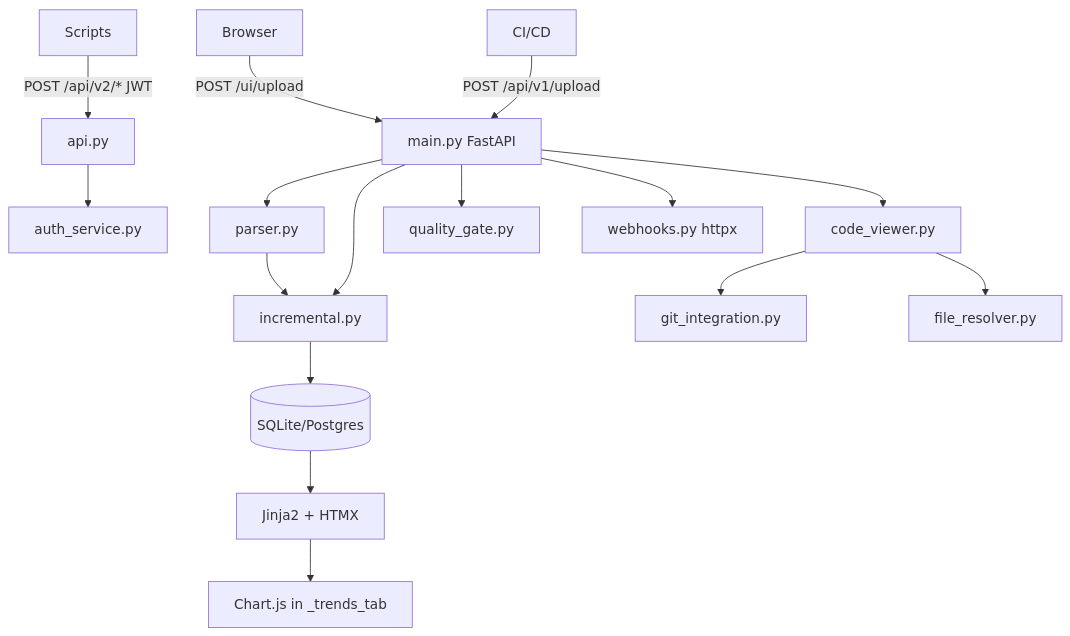
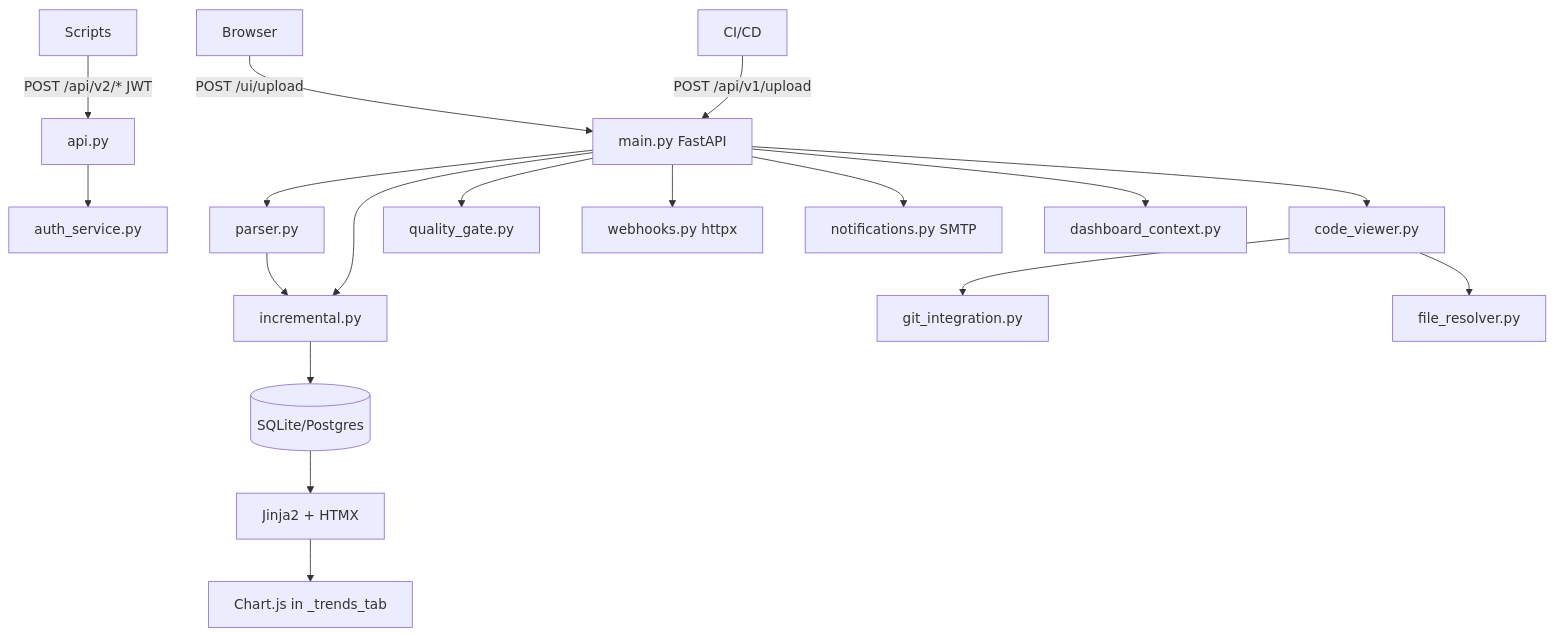
Before and after one commit to RioTwWks/PVS-Studio-Tracker: the diagram in .cursor/context.md, drawn with Mermaid. The commit also changed other lines of this file and 9 other files, not shown here.

````diff
--- a/.cursor/context.md
+++ b/.cursor/context.md
@@ -15,18 +15,20 @@
 ```mermaid
 graph TD
   Browser[Browser] -->|POST /ui/upload| Main[main.py FastAPI]
   CI[CI/CD] -->|POST /api/v1/upload| Main
   Scripts[Scripts] -->|POST /api/v2/* JWT| API[api.py]
   Main --> Parser[parser.py]
   Main --> Diff[incremental.py]
   Main --> QG[quality_gate.py]
   API --> AuthSvc[auth_service.py]
   Parser --> Diff
   Diff --> DB[(SQLite/Postgres)]
   Main --> Webhooks[webhooks.py httpx]
+  Main --> Notify[notifications.py SMTP]
+  Main --> DashCtx[dashboard_context.py]
   Main --> CodeViewer[code_viewer.py]
   CodeViewer --> Git[git_integration.py]
   CodeViewer --> Files[file_resolver.py]
   DB --> UI[Jinja2 + HTMX]
   UI --> Chart[Chart.js in _trends_tab]
 ```
````
